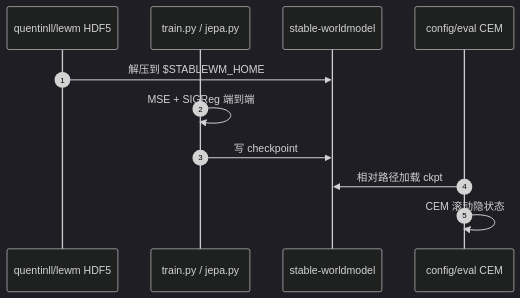
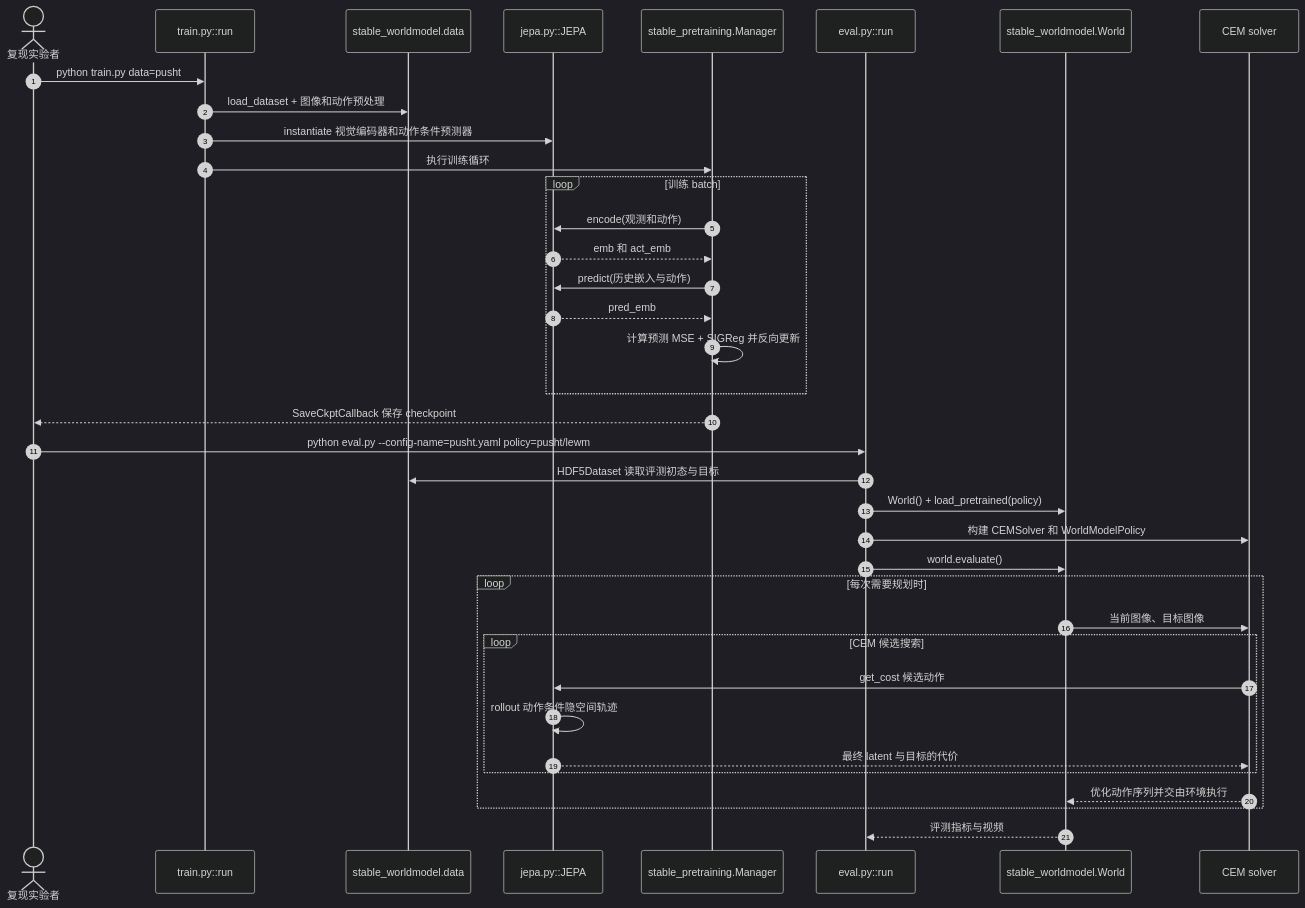
The second of 2 diagrams in wiki/entities/paper-lewm.md (ImChong/Robotics_Notebooks), drawn with Mermaid (dark theme) before and after one commit. The commit also changed other lines of this file, not shown here.

Commit message:
[2026-11-14] ingest | wiki/entities/paper-lewm.md — 补通读原文并校正源码时序与评测设定

````diff
--- a/wiki/entities/paper-lewm.md
+++ b/wiki/entities/paper-lewm.md
@@ -85,13 +98,39 @@
 ```mermaid
 sequenceDiagram
   autonumber
-  participant HF as quentinll/lewm HDF5
-  participant Train as train.py / jepa.py
-  participant SWM as stable-worldmodel
-  participant Plan as config/eval CEM
-  HF->>SWM: 解压到 $STABLEWM_HOME
-  Train->>Train: MSE + SIGReg 端到端
-  Train->>SWM: 写 checkpoint
-  Plan->>SWM: 相对路径加载 ckpt
-  Plan->>Plan: CEM 滚动隐状态
-```
+  actor User as 复现实验者
+  participant Train as train.py::run
+  participant Data as stable_worldmodel.data
+  participant Model as jepa.py::JEPA
+  participant SPT as stable_pretraining.Manager
+  participant Eval as eval.py::run
+  participant SWM as stable_worldmodel.World
+  participant Solver as CEM solver
+  User->>Train: python train.py data=pusht
+  Train->>Data: load_dataset + 图像和动作预处理
+  Train->>Model: instantiate 视觉编码器和动作条件预测器
+  Train->>SPT: 执行训练循环
+  loop 训练 batch
+    SPT->>Model: encode(观测和动作)
+    Model-->>SPT: emb 和 act_emb
+    SPT->>Model: predict(历史嵌入与动作)
+    Model-->>SPT: pred_emb
+    SPT->>SPT: 计算预测 MSE + SIGReg 并反向更新
+  end
+  SPT-->>User: SaveCkptCallback 保存 checkpoint
+  User->>Eval: python eval.py --config-name=pusht.yaml policy=pusht/lewm
+  Eval->>Data: HDF5Dataset 读取评测初态与目标
+  Eval->>SWM: World() + load_pretrained(policy)
+  Eval->>Solver: 构建 CEMSolver 和 WorldModelPolicy
+  Eval->>SWM: world.evaluate()
+  loop 每次需要规划时
+    SWM->>Solver: 当前图像、目标图像
+    loop CEM 候选搜索
+      Solver->>Model: get_cost 候选动作
+      Model->>Model: rollout 动作条件隐空间轨迹
+      Model-->>Solver: 最终 latent 与目标的代价
+    end
+    Solver-->>SWM: 优化动作序列并交由环境执行
+  end
+  SWM-->>Eval: 评测指标与视频
+``` 
````
